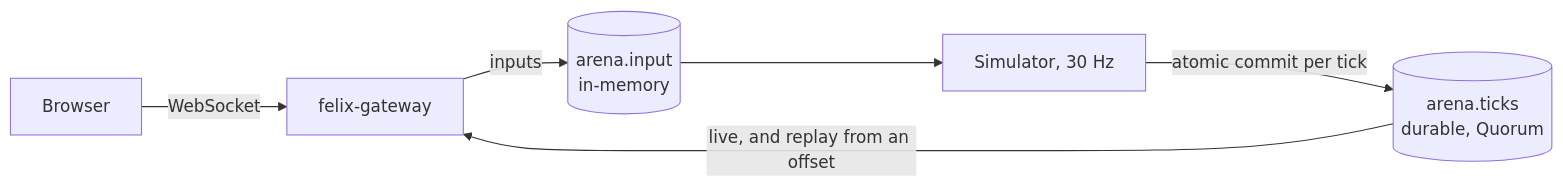
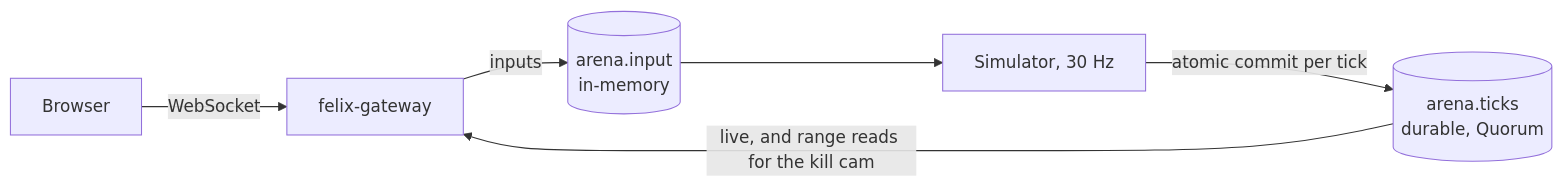
The diagram in docs-site/src/content/docs/built-on-felix/arena.md (GetFelix/felix), drawn with Mermaid before and after one commit. The commit also changed other lines of this file and 1 other file, not shown here.

First line of the commit message:
docs: describe felix-arena's kill cam and join as built

````diff
--- a/docs-site/src/content/docs/built-on-felix/arena.md
+++ b/docs-site/src/content/docs/built-on-felix/arena.md
@@ -67,8 +69,8 @@
 ```mermaid
 flowchart LR
   B["Browser"] -- "WebSocket" --> G["felix-gateway"]
   G -- "inputs" --> IN[("arena.input<br/>in-memory")]
   IN --> SIM["Simulator, 30 Hz"]
   SIM -- "atomic commit per tick" --> T[("arena.ticks<br/>durable, Quorum")]
-  T -- "live, and replay from an offset" --> G
+  T -- "live, and range reads for the kill cam" --> G
 ```
````
